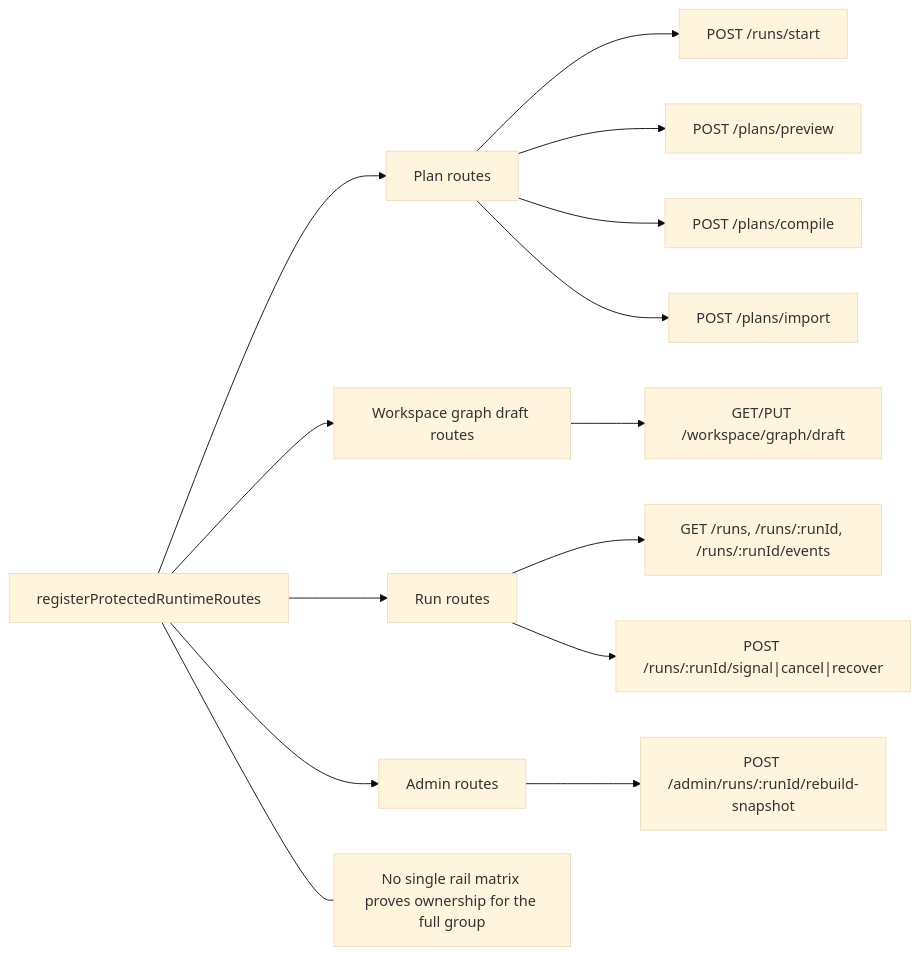
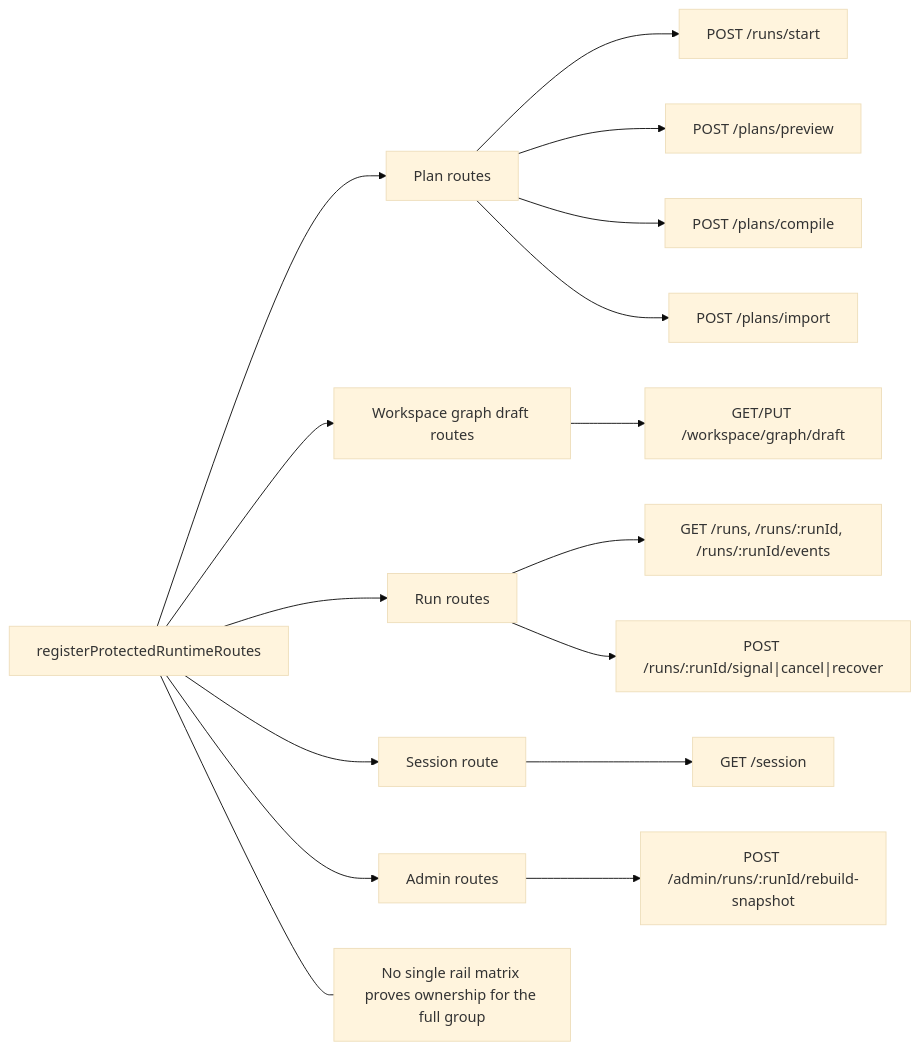
Before and after one commit to dunay2/dvt: the first of 2 diagrams in docs/planning/proposals/mandatory/runtime-and-contracts/protected-runtime-rail-closure-plan-20260503.md, drawn with Mermaid (base theme). The commit also changed other lines of this file and 23 other files, not shown here.

````diff
--- a/docs/planning/proposals/mandatory/runtime-and-contracts/protected-runtime-rail-closure-plan-20260503.md
+++ b/docs/planning/proposals/mandatory/runtime-and-contracts/protected-runtime-rail-closure-plan-20260503.md
@@ -85,19 +85,21 @@
 ```mermaid
 flowchart LR
   Register["registerProtectedRuntimeRoutes"] --> Plan["Plan routes"]
   Register --> Draft["Workspace graph draft routes"]
   Register --> Runs["Run routes"]
+  Register --> Session["Session route"]
   Register --> Admin["Admin routes"]
 
+  Session --> SessionGet["GET /session"]
   Plan --> Start["POST /runs/start"]
   Plan --> Preview["POST /plans/preview"]
   Plan --> Compile["POST /plans/compile"]
   Plan --> Import["POST /plans/import"]
   Draft --> DraftGetPut["GET/PUT /workspace/graph/draft"]
   Runs --> Query["GET /runs, /runs/:runId, /runs/:runId/events"]
   Runs --> Commands["POST /runs/:runId/signal|cancel|recover"]
   Admin --> Repair["POST /admin/runs/:runId/rebuild-snapshot"]
 
   Risk["No single rail matrix proves ownership for the full group"]
   Register --- Risk
 ```
````
